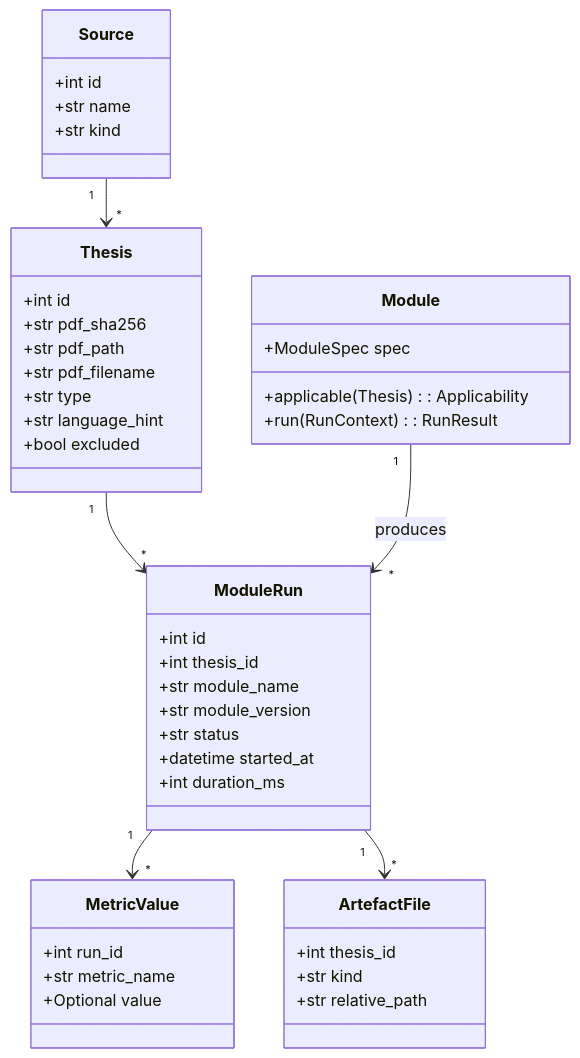
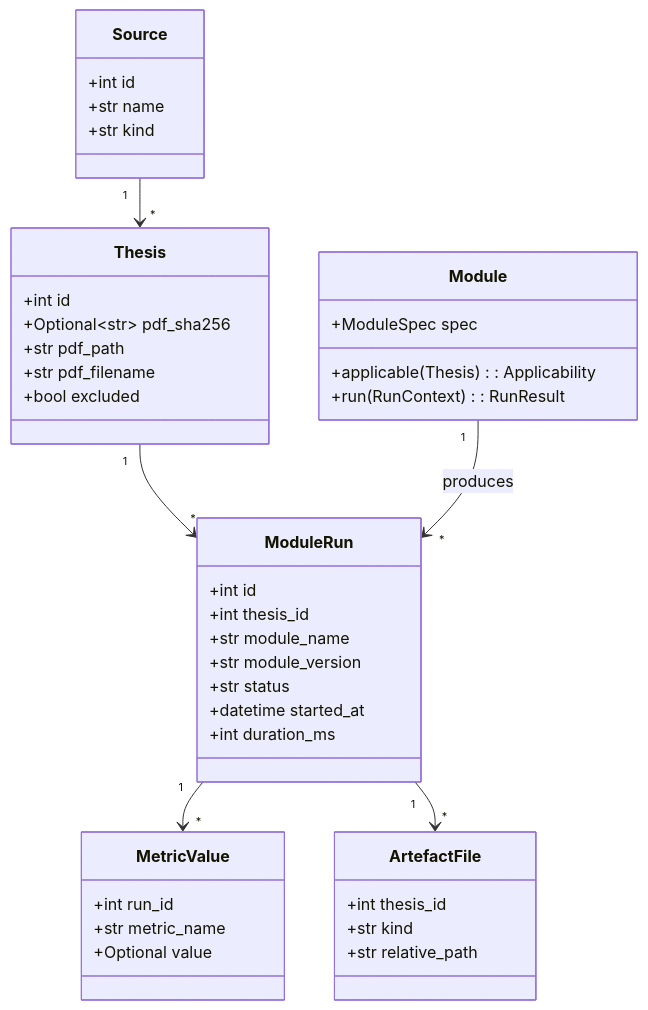
Before and after one commit to olistroemer/Thesis_Text_Analyzer: the sixth of 8 diagrams in docs/SDD.md, drawn with Mermaid. The commit also changed other lines of this file and 3 other files, not shown here.

````diff
--- a/docs/SDD.md
+++ b/docs/SDD.md
@@ -308,46 +311,44 @@
 ```mermaid
 classDiagram
     class Thesis {
         +int id
-        +str pdf_sha256
+        +Optional~str~ pdf_sha256
         +str pdf_path
         +str pdf_filename
-        +str type
-        +str language_hint
         +bool excluded
     }
     class Source {
         +int id
         +str name
         +str kind
     }
     class Module {
         +ModuleSpec spec
         +applicable(Thesis): Applicability
         +run(RunContext): RunResult
     }
     class ModuleRun {
         +int id
         +int thesis_id
         +str module_name
         +str module_version
         +str status
         +datetime started_at
         +int duration_ms
     }
     class MetricValue {
         +int run_id
         +str metric_name
         +Optional value
     }
     class ArtefactFile {
         +int thesis_id
         +str kind
         +str relative_path
     }
     Source "1" --> "*" Thesis
     Thesis "1" --> "*" ModuleRun
     ModuleRun "1" --> "*" MetricValue
     ModuleRun "1" --> "*" ArtefactFile
     Module "1" --> "*" ModuleRun : produces
 ```
````
